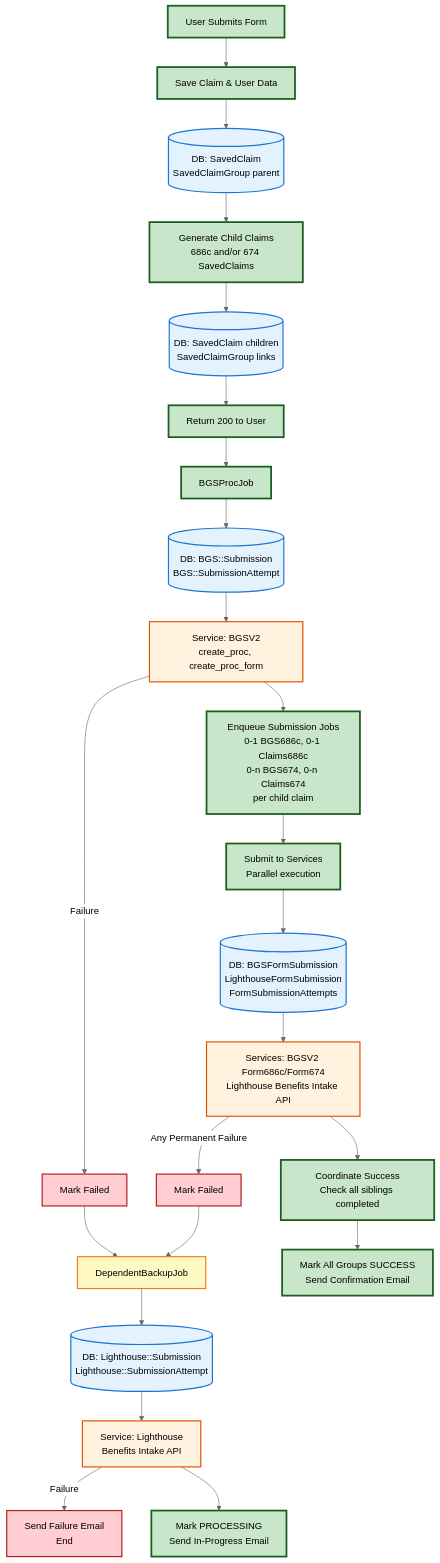
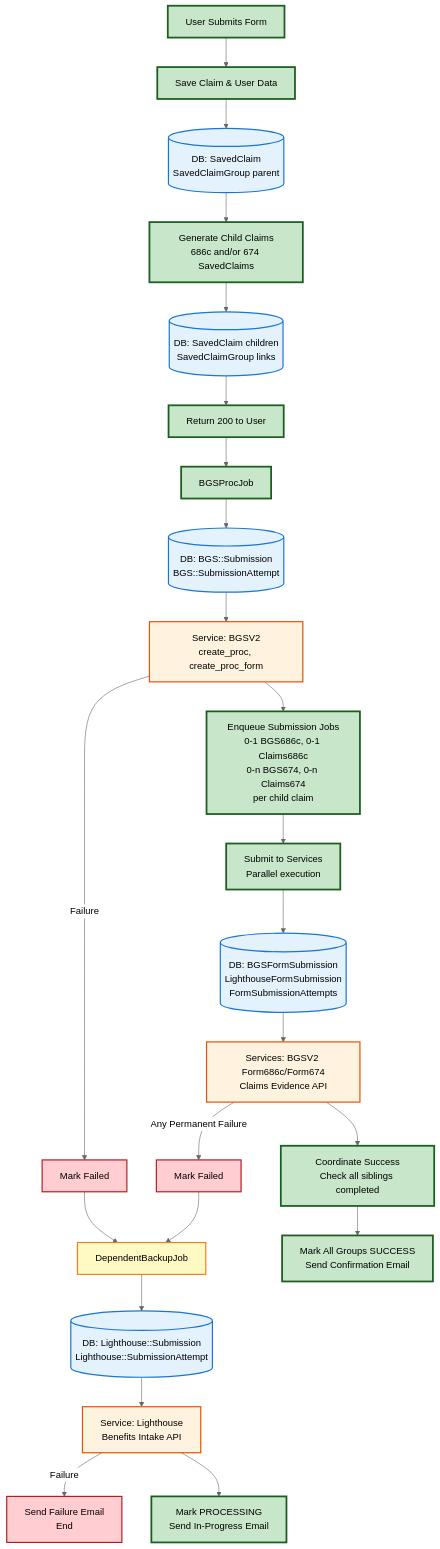
One commit to department-of-veterans-affairs/vets-api changed the diagram in modules/dependents_benefits/documentation/data_flow_diagrams/full_data_flow.md. Above: the diagram before and after it, drawn with Mermaid (neutral theme). The commit also changed other lines of this file, not shown here.

Commit message:
fixup! Add data flow

````diff
--- a/modules/dependents_benefits/documentation/data_flow_diagrams/full_data_flow.md
+++ b/modules/dependents_benefits/documentation/data_flow_diagrams/full_data_flow.md
@@ -11,42 +11,42 @@
 ```mermaid
 graph TD
     Start[User Submits Form] --> SaveClaim[Save Claim & User Data]
     SaveClaim --> DB1[(DB: SavedClaim<br/>SavedClaimGroup parent)]
     DB1 --> GenChildren[Generate Child Claims<br/>686c and/or 674 SavedClaims]
     GenChildren --> DB2[(DB: SavedClaim children<br/>SavedClaimGroup links)]
     DB2 --> Return[Return 200 to User]
     
     Return --> BGSProc[BGSProcJob]
     BGSProc --> DB3[(DB: BGS::Submission<br/>BGS::SubmissionAttempt)]
     DB3 --> BGSService[Service: BGSV2<br/>create_proc, create_proc_form]
     BGSService -->|Failure| BGSFail[Mark Failed]
     BGSService --> EnqueueSubs[Enqueue Submission Jobs<br/>0-1 BGS686c, 0-1 Claims686c<br/>0-n BGS674, 0-n Claims674<br/>per child claim]
     
     EnqueueSubs --> SubmitAll[Submit to Services<br/>Parallel execution]
     SubmitAll --> DB4[(DB: BGSFormSubmission<br/>LighthouseFormSubmission<br/>FormSubmissionAttempts)]
-    DB4 --> Services[Services: BGSV2 Form686c/Form674<br/>Lighthouse Benefits Intake API]
+    DB4 --> Services[Services: BGSV2 Form686c/Form674<br/>Claims Evidence API]
     Services -->|Any Permanent Failure| SubFail[Mark Failed]
     Services --> Coordinate[Coordinate Success<br/>Check all siblings completed]
     
     Coordinate --> MarkSuccess[Mark All Groups SUCCESS<br/>Send Confirmation Email]
     
     BGSFail --> Backup[DependentBackupJob]
     SubFail --> Backup
     Backup --> DB5[(DB: Lighthouse::Submission<br/>Lighthouse::SubmissionAttempt)]
     DB5 --> BackupService[Service: Lighthouse<br/>Benefits Intake API]
     BackupService -->|Failure| BackupFail[Send Failure Email<br/>End]
     BackupService --> BackupSuccess[Mark PROCESSING<br/>Send In-Progress Email]
     
     %% Styling
     classDef mainPath fill:#c8e6c9,stroke:#1b5e20,stroke-width:3px
     classDef database fill:#e3f2fd,stroke:#1976d2,stroke-width:2px
     classDef service fill:#fff3e0,stroke:#e65100,stroke-width:2px
     classDef failure fill:#ffcdd2,stroke:#b71c1c,stroke-width:2px
     classDef backup fill:#fff9c4,stroke:#f57f17,stroke-width:2px
     
     class Start,SaveClaim,GenChildren,Return,BGSProc,EnqueueSubs,SubmitAll,Coordinate,MarkSuccess,BackupSuccess mainPath
     class DB1,DB2,DB3,DB4,DB5 database
     class BGSService,Services,BackupService service
     class BGSFail,SubFail,BackupFail failure
     class Backup backup
 ```
````
